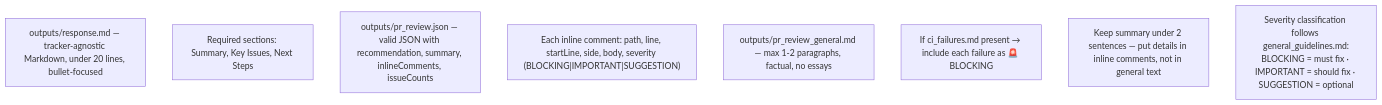
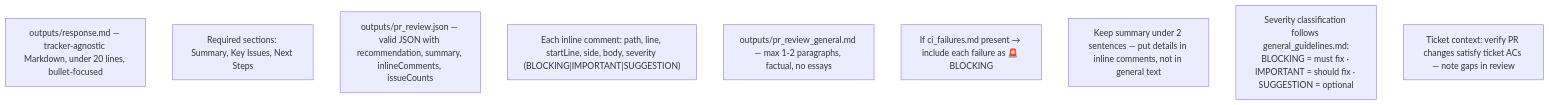
The diagram in instructions/pr_review/formatting_rules.md (IstiN/dmtools-agents), drawn with Mermaid before and after one commit. The commit also changed 25 other files, not shown here.

First line of the commit message:
docs(pr_review): systematic review prompts and input context rework

````diff
--- a/instructions/pr_review/formatting_rules.md
+++ b/instructions/pr_review/formatting_rules.md
@@ -1,11 +1,12 @@
 ```mermaid
 flowchart TD
     F1["outputs/response.md — tracker-agnostic Markdown, under 20 lines, bullet-focused"]
     F2["Required sections: Summary, Key Issues, Next Steps"]
     F3["outputs/pr_review.json — valid JSON with recommendation, summary, inlineComments, issueCounts"]
     F4["Each inline comment: path, line, startLine, side, body, severity (BLOCKING|IMPORTANT|SUGGESTION)"]
     F5["outputs/pr_review_general.md — max 1-2 paragraphs, factual, no essays"]
     F6["If ci_failures.md present → include each failure as 🚨 BLOCKING"]
     F7["Keep summary under 2 sentences — put details in inline comments, not in general text"]
     F8["Severity classification follows general_guidelines.md:<br/>BLOCKING = must fix · IMPORTANT = should fix · SUGGESTION = optional"]
+    F9["Ticket context: verify PR changes satisfy ticket ACs — note gaps in review"]
 ```
````
